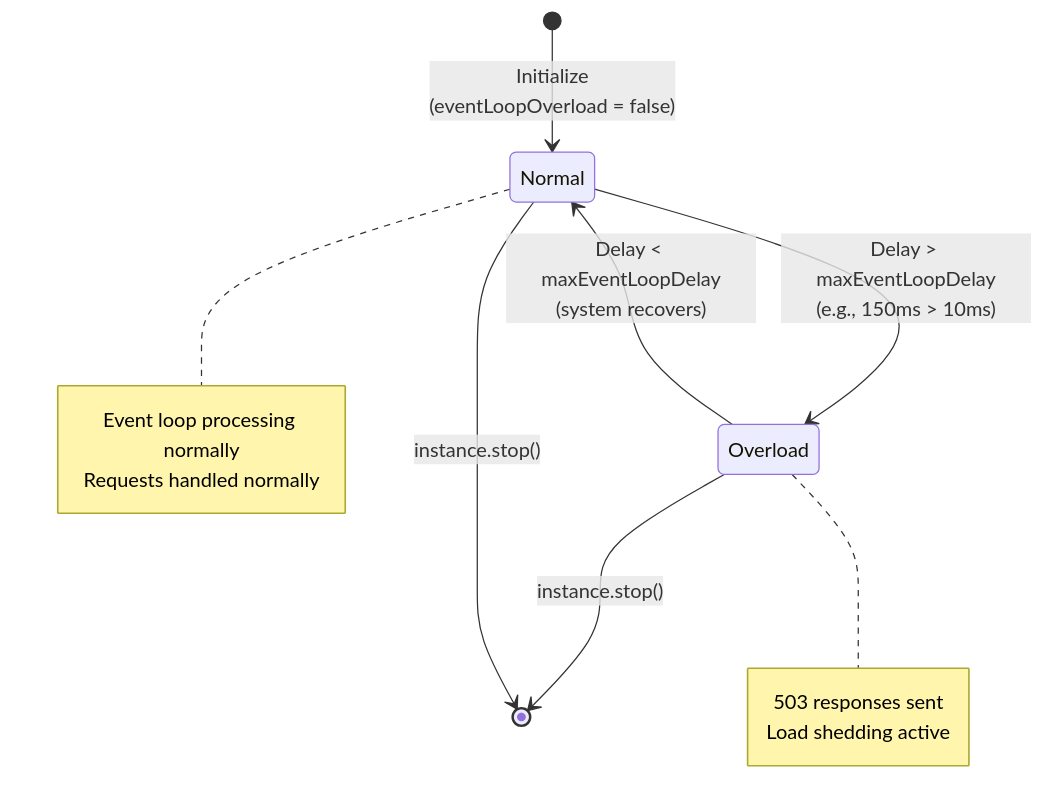
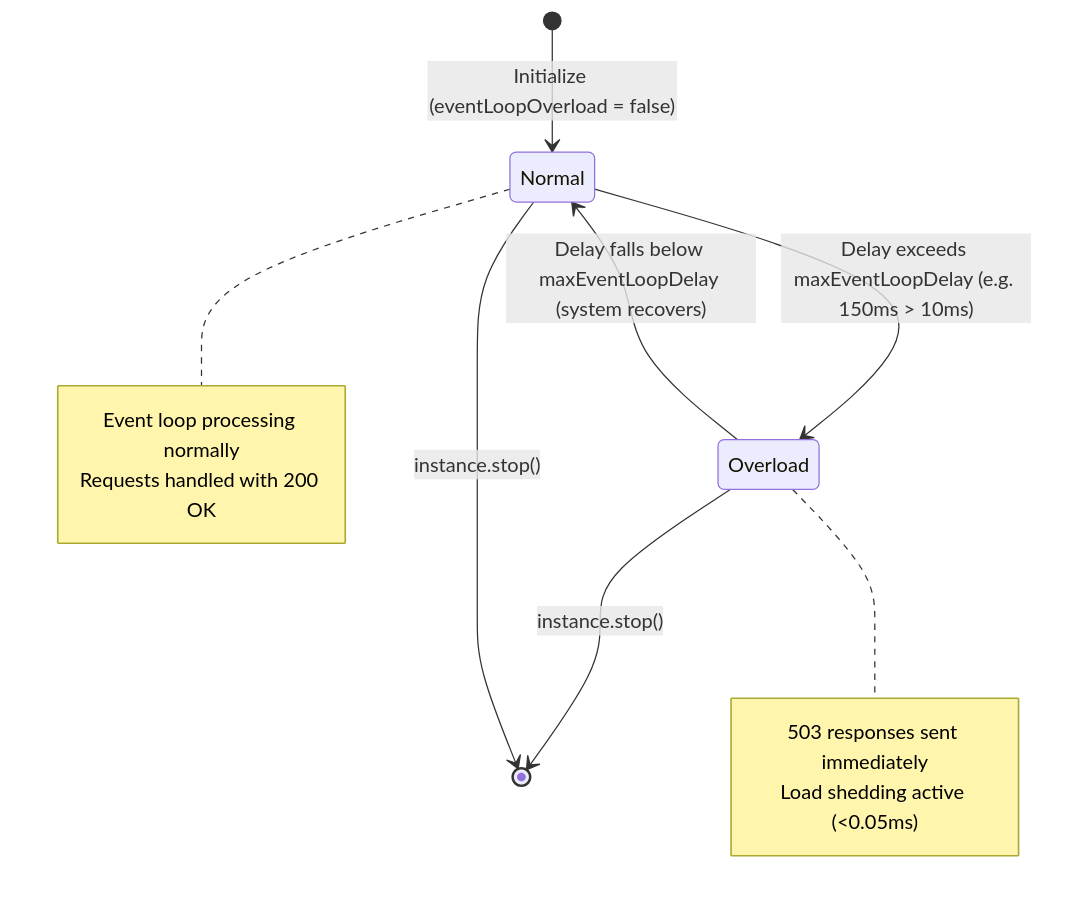
One commit to andylockran/overload-protection changed the fourth of 13 diagrams in readme.md. Above: the diagram before and after it, drawn with Mermaid. The commit also changed other lines of this file and 4 other files, not shown here.

````diff
--- a/readme.md
+++ b/readme.md
@@ -492,18 +498,18 @@
 ```mermaid
 stateDiagram-v2
-    [*] --> Normal: Initialize<br/>(eventLoopOverload = false)
-    Normal --> Overload: Delay > maxEventLoopDelay<br/>(e.g., 150ms > 10ms)
-    Overload --> Normal: Delay < maxEventLoopDelay<br/>(system recovers)
+    [*] --> Normal: Initialize (eventLoopOverload = false)
+    Normal --> Overload: Delay exceeds maxEventLoopDelay (e.g. 150ms > 10ms)
+    Overload --> Normal: Delay falls below maxEventLoopDelay (system recovers)
     Overload --> [*]: instance.stop()
     Normal --> [*]: instance.stop()
     
     note right of Normal
         Event loop processing normally
-        Requests handled normally
+        Requests handled with 200 OK
     end note
     
     note right of Overload
-        503 responses sent
-        Load shedding active
+        503 responses sent immediately
+        Load shedding active (<0.05ms)
     end note
 ```
````
